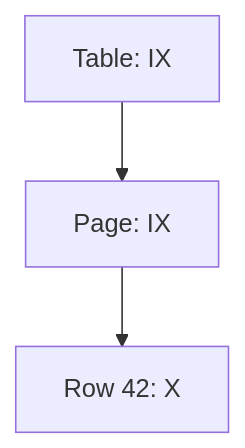
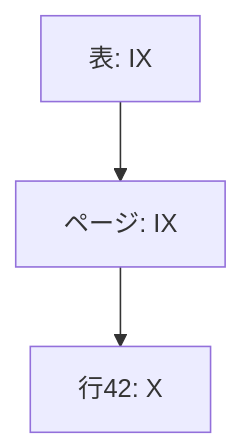
Before and after one commit to hirunebot/database-systems-book: the second of 6 diagrams in src/content/docs/04-transactions/11-concurrency-control.md, drawn with Mermaid. The commit also changed other lines of this file and 42 other files, not shown here.

````diff
--- a/src/content/docs/04-transactions/11-concurrency-control.md
+++ b/src/content/docs/04-transactions/11-concurrency-control.md
@@ -76,5 +76,5 @@
 ```mermaid
 flowchart TB
-    T["Table: IX"] --> P["Page: IX"]
-    P --> R["Row 42: X"]
+    T["表: IX"] --> P["ページ: IX"]
+    P --> R["行42: X"]
 ```
````
